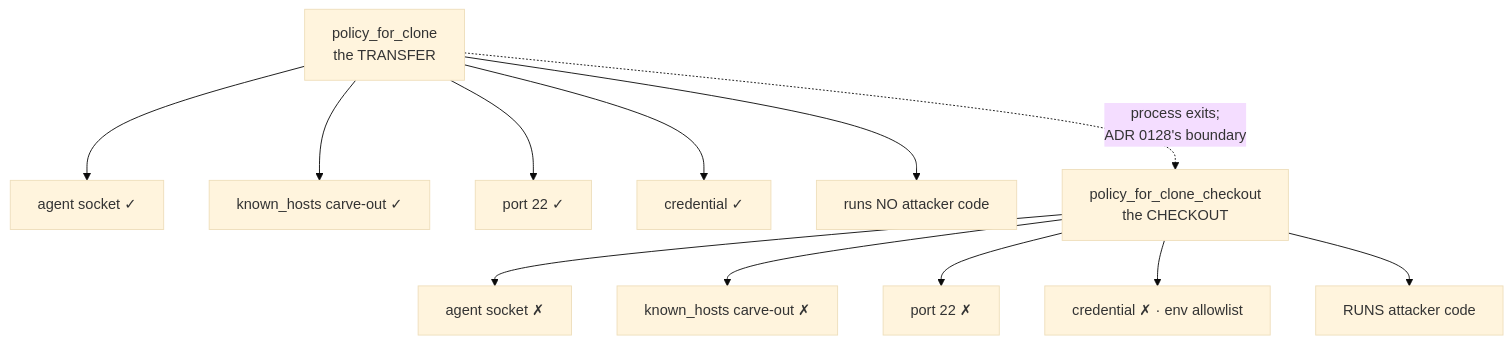
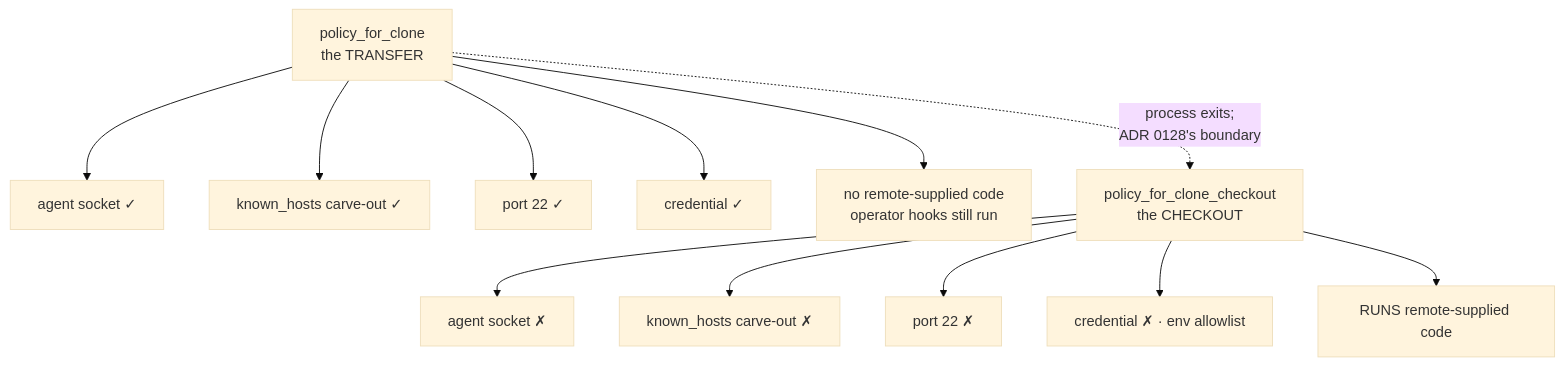
One commit to tom2025b/git-vista changed the sixth of 7 diagrams in docs/adr/0137-an-untrusted-checkout-inherits-an-allowlist.md. Above: the diagram before and after it, drawn with Mermaid (base theme). The commit also changed other lines of this file and 1 other file, not shown here.

````diff
--- a/docs/adr/0137-an-untrusted-checkout-inherits-an-allowlist.md
+++ b/docs/adr/0137-an-untrusted-checkout-inherits-an-allowlist.md
@@ -234,14 +244,14 @@
 ```mermaid
 flowchart TD
   R["policy_for_clone<br/>the TRANSFER"] --> R1["agent socket ✓"]
   R --> R2["known_hosts carve-out ✓"]
   R --> R3["port 22 ✓"]
   R --> R4["credential ✓"]
-  R --> R5["runs NO attacker code"]
+  R --> R5["no remote-supplied code<br/>operator hooks still run"]
   K["policy_for_clone_checkout<br/>the CHECKOUT"] --> K1["agent socket ✗"]
   K --> K2["known_hosts carve-out ✗"]
   K --> K3["port 22 ✗"]
   K --> K4["credential ✗ · env allowlist"]
-  K --> K5["RUNS attacker code"]
+  K --> K5["RUNS remote-supplied code"]
   R -.->|"process exits;<br/>ADR 0128's boundary"| K
 ```
````
